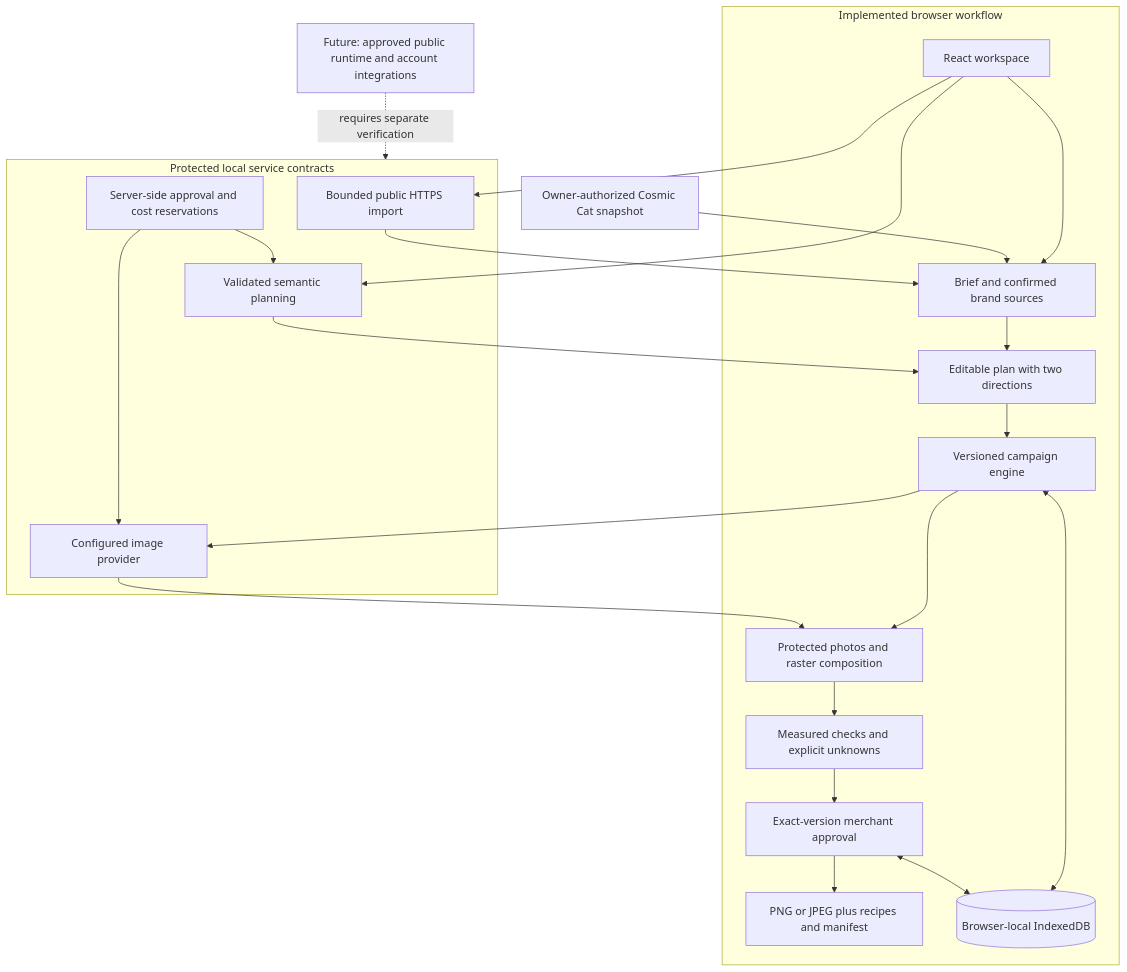
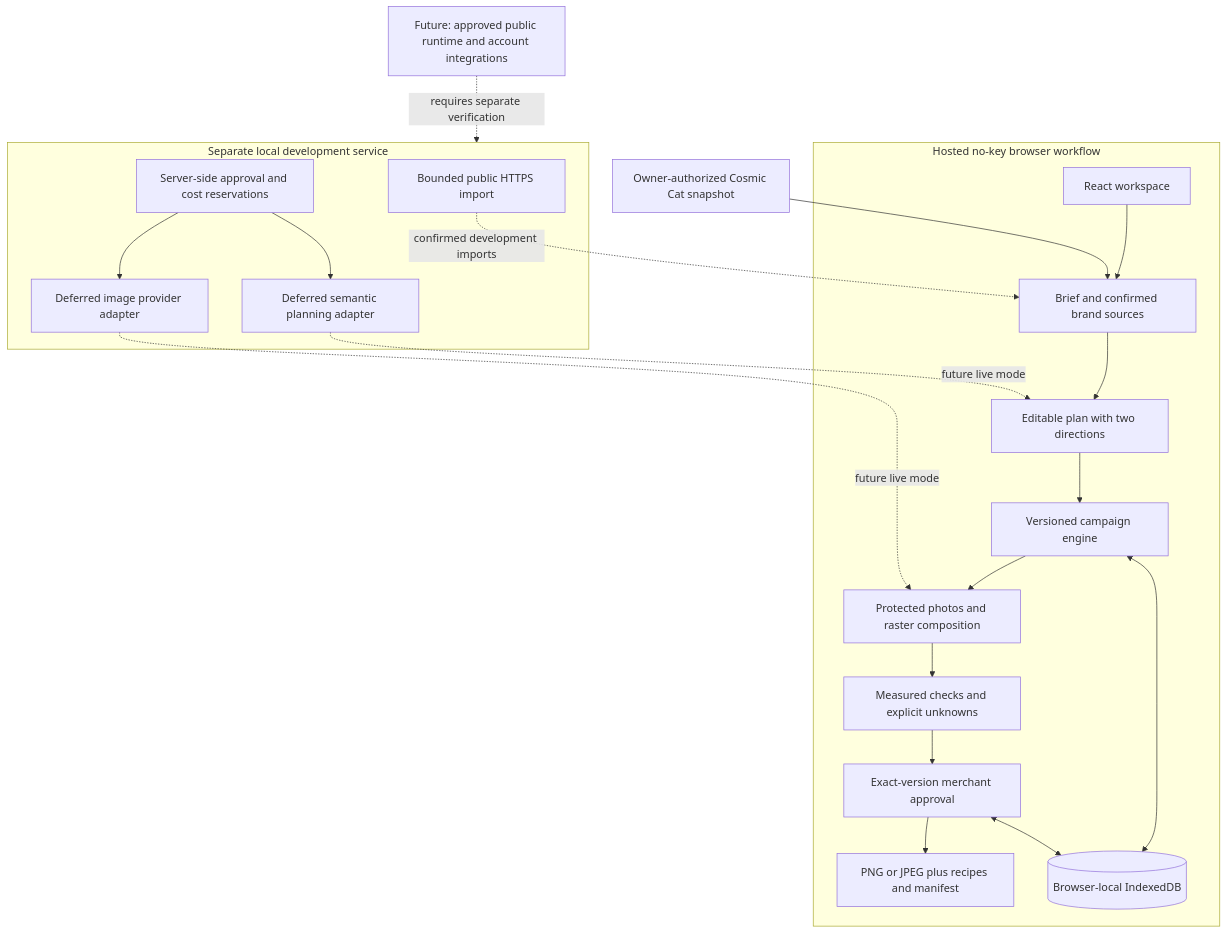
Before and after one commit to mchenry-power-dev/orbit-agentic-commerce: the diagram in docs/architecture.md, drawn with Mermaid. The commit also changed other lines of this file and 20 other files, not shown here.

````diff
--- a/docs/architecture.md
+++ b/docs/architecture.md
@@ -5,32 +5,32 @@
 ```mermaid
 flowchart TB
-  subgraph Local[Implemented browser workflow]
+  subgraph Local[Hosted no-key browser workflow]
     UI[React workspace]
     Domain[Brief and confirmed brand sources]
     Plan[Editable plan with two directions]
     Engine[Versioned campaign engine]
     Raster[Protected photos and raster composition]
     Checks[Measured checks and explicit unknowns]
     Review[Exact-version merchant approval]
     Export[PNG or JPEG plus recipes and manifest]
     Store[(Browser-local IndexedDB)]
     UI --> Domain --> Plan --> Engine
     Engine --> Raster --> Checks --> Review --> Export
     Engine <--> Store
     Review <--> Store
   end
   Snapshot[Owner-authorized Cosmic Cat snapshot] --> Domain
-  subgraph Service[Protected local service contracts]
+  subgraph Service[Separate local development service]
     Import[Bounded public HTTPS import]
-    Schema[Validated semantic planning]
-    Images[Configured image provider]
+    Schema[Deferred semantic planning adapter]
+    Images[Deferred image provider adapter]
     Allowance[Server-side approval and cost reservations]
     Allowance --> Schema
     Allowance --> Images
   end
-  UI --> Import --> Domain
-  UI --> Schema --> Plan
-  Engine --> Images --> Raster
+  Import -. confirmed development imports .-> Domain
+  Schema -. future live mode .-> Plan
+  Images -. future live mode .-> Raster
   Future[Future: approved public runtime and account integrations]
   Future -. requires separate verification .-> Service
 ```
````
